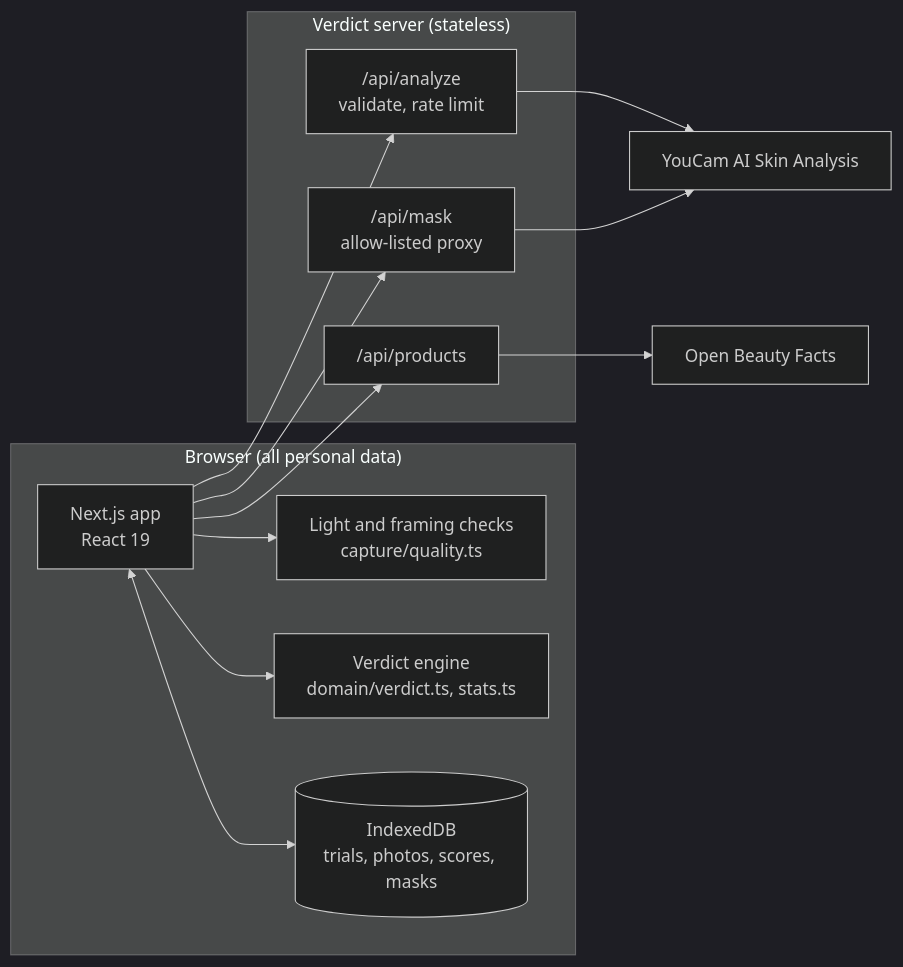
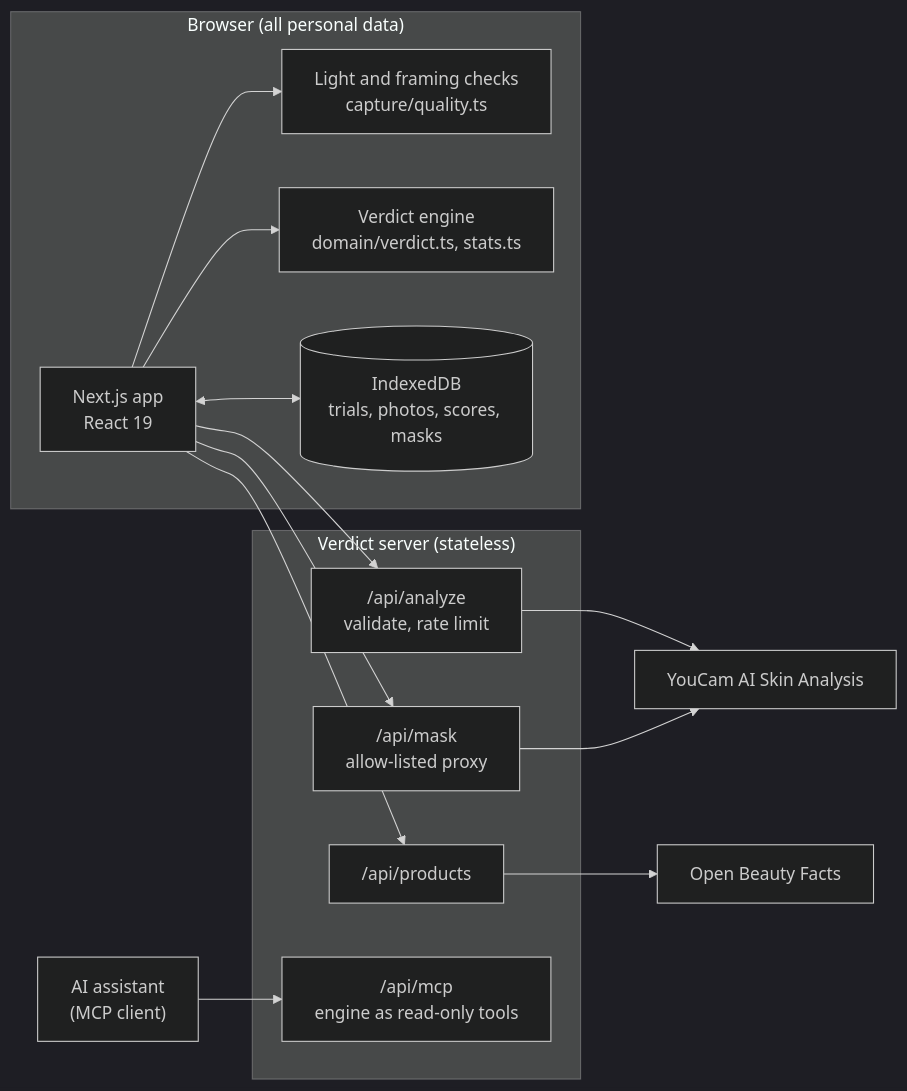
One commit to opeblow/verdict changed the first of 2 diagrams in docs/ARCHITECTURE.md. Above: the diagram before and after it, drawn with Mermaid (dark theme). The commit also changed other lines of this file and 11 other files, not shown here.

First line of the commit message:
Offer the verdict engine to AI assistants as MCP tools

````diff
--- a/docs/ARCHITECTURE.md
+++ b/docs/ARCHITECTURE.md
@@ -7,23 +7,25 @@
 ```mermaid
 flowchart LR
   subgraph Device["Browser (all personal data)"]
     UI["Next.js app<br>React 19"]
     Q["Light and framing checks<br>capture/quality.ts"]
     E["Verdict engine<br>domain/verdict.ts, stats.ts"]
     DB[("IndexedDB<br>trials, photos, scores, masks")]
     UI --> Q
     UI --> E
     UI <--> DB
   end
   subgraph Server["Verdict server (stateless)"]
     A["/api/analyze<br>validate, rate limit"]
     M["/api/mask<br>allow-listed proxy"]
     P["/api/products"]
+    MCP["/api/mcp<br>engine as read-only tools"]
   end
+  AI["AI assistant<br>(MCP client)"] --> MCP
   UI --> A
   UI --> M
   UI --> P
   A --> Y["YouCam AI Skin Analysis"]
   M --> Y
   P --> O["Open Beauty Facts"]
 ```
````
